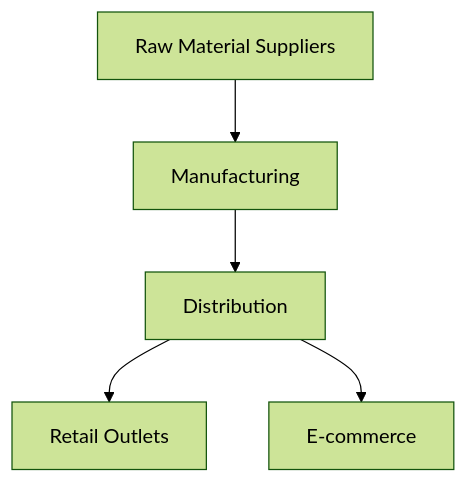
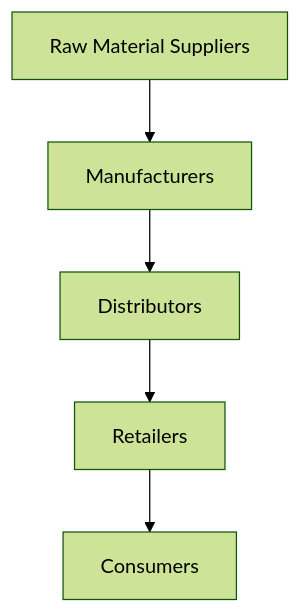
The fourth of 15 diagrams in docs/0001_3PlyMask/Deep-Research.md (arindampradhan/pmegpeportal-programme), drawn with Mermaid (forest theme) before and after one commit. The commit also changed other lines of this file and 2 other files, not shown here.

````diff
--- a/docs/0001_3PlyMask/Deep-Research.md
+++ b/docs/0001_3PlyMask/Deep-Research.md
@@ -157,7 +160,7 @@
 ```mermaid
 graph TD
-    A[Raw Material Suppliers] --> B[Manufacturing]
-    B --> C[Distribution]
-    C --> D[Retail Outlets]
-    C --> E[E-commerce]
+    A[Raw Material Suppliers] --> B[Manufacturers]
+    B --> C[Distributors]
+    C --> D[Retailers]
+    D --> E[Consumers]
 ```
````
